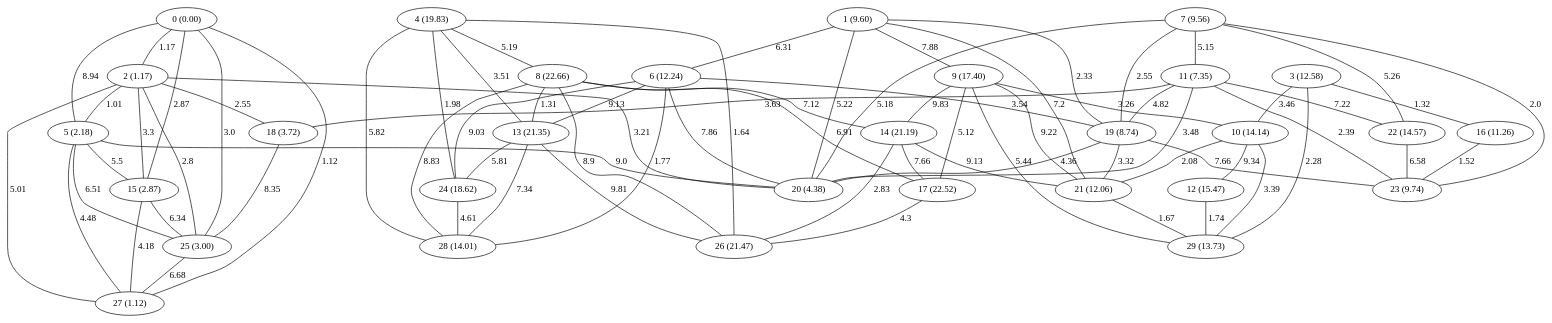
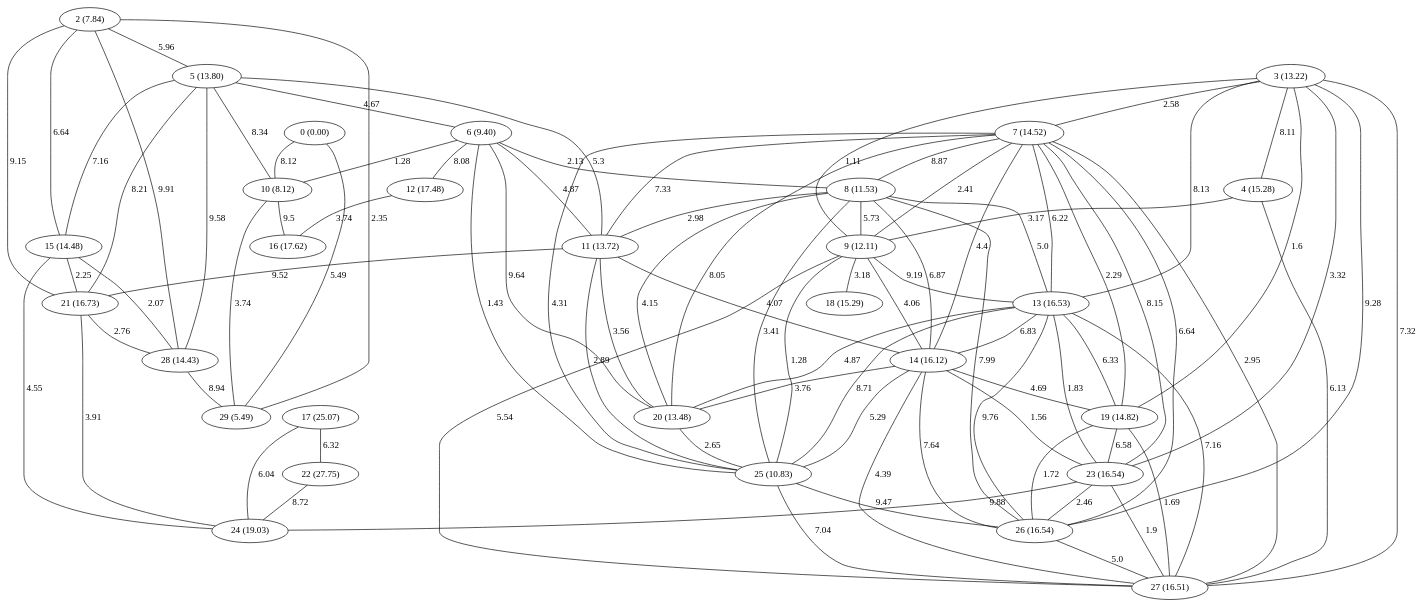
The diagram in Proyecto 3/ejemplos_grafo_dijkstra/dijkstra_grafo_Geográfico_30.gv (amorac4/DAA24), drawn with Graphviz before and after one commit. The commit also changed 37 other files, not shown here.

```diff
--- a/Proyecto 3/ejemplos_grafo_dijkstra/dijkstra_grafo_Geográfico_30.gv
+++ b/Proyecto 3/ejemplos_grafo_dijkstra/dijkstra_grafo_Geográfico_30.gv
@@ -1,107 +1,122 @@
 graph G {
 "0 (0.00)";
-"1 (9.60)";
-"2 (1.17)";
-"3 (12.58)";
-"4 (19.83)";
-"5 (2.18)";
-"6 (12.24)";
-"7 (9.56)";
-"8 (22.66)";
-"9 (17.40)";
-"10 (14.14)";
-"11 (7.35)";
-"12 (15.47)";
-"13 (21.35)";
-"14 (21.19)";
-"15 (2.87)";
-"16 (11.26)";
-"17 (22.52)";
-"18 (3.72)";
-"19 (8.74)";
-"20 (4.38)";
-"21 (12.06)";
-"22 (14.57)";
-"23 (9.74)";
-"24 (18.62)";
-"25 (3.00)";
-"26 (21.47)";
-"27 (1.12)";
-"28 (14.01)";
-"29 (13.73)";
-"15 (2.87)" -- "27 (1.12)" [label="4.18"];
-"14 (21.19)" -- "26 (21.47)" [label="2.83"];
-"19 (8.74)" -- "23 (9.74)" [label="7.66"];
-"14 (21.19)" -- "21 (12.06)" [label="9.13"];
-"13 (21.35)" -- "24 (18.62)" [label="5.81"];
-"8 (22.66)" -- "17 (22.52)" [label="6.91"];
-"5 (2.18)" -- "27 (1.12)" [label="4.48"];
-"5 (2.18)" -- "20 (4.38)" [label="9.0"];
-"7 (9.56)" -- "20 (4.38)" [label="5.18"];
-"3 (12.58)" -- "29 (13.73)" [label="2.28"];
-"2 (1.17)" -- "15 (2.87)" [label="3.3"];
-"1 (9.60)" -- "20 (4.38)" [label="5.22"];
-"7 (9.56)" -- "11 (7.35)" [label="5.15"];
-"4 (19.83)" -- "13 (21.35)" [label="3.51"];
-"7 (9.56)" -- "23 (9.74)" [label="2.0"];
-"13 (21.35)" -- "26 (21.47)" [label="9.81"];
-"19 (8.74)" -- "21 (12.06)" [label="3.32"];
-"9 (17.40)" -- "14 (21.19)" [label="9.83"];
-"2 (1.17)" -- "25 (3.00)" [label="2.8"];
-"6 (12.24)" -- "19 (8.74)" [label="3.54"];
-"14 (21.19)" -- "17 (22.52)" [label="7.66"];
-"0 (0.00)" -- "27 (1.12)" [label="1.12"];
-"6 (12.24)" -- "24 (18.62)" [label="9.03"];
-"25 (3.00)" -- "27 (1.12)" [label="6.68"];
-"8 (22.66)" -- "14 (21.19)" [label="7.12"];
-"4 (19.83)" -- "24 (18.62)" [label="1.98"];
-"16 (11.26)" -- "23 (9.74)" [label="1.52"];
-"1 (9.60)" -- "21 (12.06)" [label="7.2"];
-"13 (21.35)" -- "28 (14.01)" [label="7.34"];
-"2 (1.17)" -- "27 (1.12)" [label="5.01"];
-"1 (9.60)" -- "19 (8.74)" [label="2.33"];
-"4 (19.83)" -- "26 (21.47)" [label="1.64"];
-"9 (17.40)" -- "29 (13.73)" [label="5.44"];
-"24 (18.62)" -- "28 (14.01)" [label="4.61"];
-"6 (12.24)" -- "20 (4.38)" [label="7.86"];
-"7 (9.56)" -- "22 (14.57)" [label="5.26"];
-"7 (9.56)" -- "19 (8.74)" [label="2.55"];
-"11 (7.35)" -- "18 (3.72)" [label="3.63"];
-"12 (15.47)" -- "29 (13.73)" [label="1.74"];
-"3 (12.58)" -- "10 (14.14)" [label="3.46"];
-"18 (3.72)" -- "25 (3.00)" [label="8.35"];
-"6 (12.24)" -- "28 (14.01)" [label="1.77"];
-"6 (12.24)" -- "13 (21.35)" [label="9.13"];
-"17 (22.52)" -- "26 (21.47)" [label="4.3"];
-"11 (7.35)" -- "19 (8.74)" [label="4.82"];
-"9 (17.40)" -- "17 (22.52)" [label="5.12"];
-"10 (14.14)" -- "12 (15.47)" [label="9.34"];
-"3 (12.58)" -- "16 (11.26)" [label="1.32"];
-"5 (2.18)" -- "15 (2.87)" [label="5.5"];
-"8 (22.66)" -- "26 (21.47)" [label="8.9"];
-"21 (12.06)" -- "29 (13.73)" [label="1.67"];
-"0 (0.00)" -- "25 (3.00)" [label="3.0"];
-"4 (19.83)" -- "28 (14.01)" [label="5.82"];
-"9 (17.40)" -- "21 (12.06)" [label="9.22"];
-"1 (9.60)" -- "9 (17.40)" [label="7.88"];
-"0 (0.00)" -- "15 (2.87)" [label="2.87"];
-"9 (17.40)" -- "10 (14.14)" [label="3.26"];
-"11 (7.35)" -- "20 (4.38)" [label="3.48"];
-"11 (7.35)" -- "22 (14.57)" [label="7.22"];
-"2 (1.17)" -- "18 (3.72)" [label="2.55"];
-"2 (1.17)" -- "20 (4.38)" [label="3.21"];
-"1 (9.60)" -- "6 (12.24)" [label="6.31"];
-"4 (19.83)" -- "8 (22.66)" [label="5.19"];
-"2 (1.17)" -- "5 (2.18)" [label="1.01"];
-"5 (2.18)" -- "25 (3.00)" [label="6.51"];
-"11 (7.35)" -- "23 (9.74)" [label="2.39"];
-"0 (0.00)" -- "5 (2.18)" [label="8.94"];
-"10 (14.14)" -- "29 (13.73)" [label="3.39"];
-"0 (0.00)" -- "2 (1.17)" [label="1.17"];
-"22 (14.57)" -- "23 (9.74)" [label="6.58"];
-"19 (8.74)" -- "20 (4.38)" [label="4.36"];
-"8 (22.66)" -- "28 (14.01)" [label="8.83"];
-"10 (14.14)" -- "21 (12.06)" [label="2.08"];
-"8 (22.66)" -- "13 (21.35)" [label="1.31"];
-"15 (2.87)" -- "25 (3.00)" [label="6.34"];
+"2 (7.84)";
+"3 (13.22)";
+"4 (15.28)";
+"5 (13.80)";
+"6 (9.40)";
+"7 (14.52)";
+"8 (11.53)";
+"9 (12.11)";
+"10 (8.12)";
+"11 (13.72)";
+"12 (17.48)";
+"13 (16.53)";
+"14 (16.12)";
+"15 (14.48)";
+"16 (17.62)";
+"17 (25.07)";
+"18 (15.29)";
+"19 (14.82)";
+"20 (13.48)";
+"21 (16.73)";
+"22 (27.75)";
+"23 (16.54)";
+"24 (19.03)";
+"25 (10.83)";
+"26 (16.54)";
+"27 (16.51)";
+"28 (14.43)";
+"29 (5.49)";
+"7 (14.52)" -- "26 (16.54)" [label="6.64"];
+"8 (11.53)" -- "9 (12.11)" [label="5.73"];
+"11 (13.72)" -- "14 (16.12)" [label="4.07"];
+"15 (14.48)" -- "28 (14.43)" [label="2.07"];
+"8 (11.53)" -- "25 (10.83)" [label="3.41"];
+"21 (16.73)" -- "24 (19.03)" [label="3.91"];
+"3 (13.22)" -- "26 (16.54)" [label="9.28"];
+"14 (16.12)" -- "25 (10.83)" [label="5.29"];
+"5 (13.80)" -- "10 (8.12)" [label="8.34"];
+"15 (14.48)" -- "24 (19.03)" [label="4.55"];
+"10 (8.12)" -- "29 (5.49)" [label="3.74"];
+"3 (13.22)" -- "13 (16.53)" [label="8.13"];
+"9 (12.11)" -- "25 (10.83)" [label="1.28"];
+"11 (13.72)" -- "21 (16.73)" [label="9.52"];
+"2 (7.84)" -- "29 (5.49)" [label="2.35"];
+"6 (9.40)" -- "10 (8.12)" [label="1.28"];
+"19 (14.82)" -- "23 (16.54)" [label="6.58"];
+"15 (14.48)" -- "21 (16.73)" [label="2.25"];
+"14 (16.12)" -- "27 (16.51)" [label="4.39"];
+"20 (13.48)" -- "25 (10.83)" [label="2.65"];
+"11 (13.72)" -- "20 (13.48)" [label="3.56"];
+"14 (16.12)" -- "23 (16.54)" [label="1.56"];
+"7 (14.52)" -- "13 (16.53)" [label="6.22"];
+"7 (14.52)" -- "19 (14.82)" [label="2.29"];
+"23 (16.54)" -- "26 (16.54)" [label="2.46"];
+"17 (25.07)" -- "24 (19.03)" [label="6.04"];
+"19 (14.82)" -- "27 (16.51)" [label="1.69"];
+"9 (12.11)" -- "18 (15.29)" [label="3.18"];
+"5 (13.80)" -- "11 (13.72)" [label="5.3"];
+"12 (17.48)" -- "16 (17.62)" [label="3.74"];
+"6 (9.40)" -- "25 (10.83)" [label="1.43"];
+"2 (7.84)" -- "5 (13.80)" [label="5.96"];
+"13 (16.53)" -- "14 (16.12)" [label="6.83"];
+"17 (25.07)" -- "22 (27.75)" [label="6.32"];
+"6 (9.40)" -- "11 (13.72)" [label="4.87"];
+"7 (14.52)" -- "20 (13.48)" [label="8.05"];
+"7 (14.52)" -- "25 (10.83)" [label="4.31"];
+"13 (16.53)" -- "19 (14.82)" [label="6.33"];
+"23 (16.54)" -- "24 (19.03)" [label="9.88"];
+"23 (16.54)" -- "27 (16.51)" [label="1.9"];
+"9 (12.11)" -- "14 (16.12)" [label="4.06"];
+"0 (0.00)" -- "29 (5.49)" [label="5.49"];
+"8 (11.53)" -- "11 (13.72)" [label="2.98"];
+"9 (12.11)" -- "13 (16.53)" [label="9.19"];
+"14 (16.12)" -- "26 (16.54)" [label="7.64"];
+"8 (11.53)" -- "14 (16.12)" [label="6.87"];
+"25 (10.83)" -- "26 (16.54)" [label="9.47"];
+"14 (16.12)" -- "19 (14.82)" [label="4.69"];
+"9 (12.11)" -- "27 (16.51)" [label="5.54"];
+"3 (13.22)" -- "4 (15.28)" [label="8.11"];
+"5 (13.80)" -- "21 (16.73)" [label="8.21"];
+"7 (14.52)" -- "11 (13.72)" [label="7.33"];
+"6 (9.40)" -- "20 (13.48)" [label="9.64"];
+"7 (14.52)" -- "9 (12.11)" [label="2.41"];
+"22 (27.75)" -- "24 (19.03)" [label="8.72"];
+"14 (16.12)" -- "20 (13.48)" [label="3.76"];
+"3 (13.22)" -- "27 (16.51)" [label="7.32"];
+"6 (9.40)" -- "12 (17.48)" [label="8.08"];
+"13 (16.53)" -- "20 (13.48)" [label="4.87"];
+"2 (7.84)" -- "15 (14.48)" [label="6.64"];
+"0 (0.00)" -- "10 (8.12)" [label="8.12"];
+"13 (16.53)" -- "27 (16.51)" [label="7.16"];
+"8 (11.53)" -- "20 (13.48)" [label="4.15"];
+"8 (11.53)" -- "13 (16.53)" [label="5.0"];
+"13 (16.53)" -- "26 (16.54)" [label="9.76"];
+"25 (10.83)" -- "27 (16.51)" [label="7.04"];
+"7 (14.52)" -- "23 (16.54)" [label="8.15"];
+"2 (7.84)" -- "21 (16.73)" [label="9.15"];
+"8 (11.53)" -- "26 (16.54)" [label="7.99"];
+"4 (15.28)" -- "27 (16.51)" [label="6.13"];
+"7 (14.52)" -- "27 (16.51)" [label="2.95"];
+"13 (16.53)" -- "25 (10.83)" [label="8.71"];
+"26 (16.54)" -- "27 (16.51)" [label="5.0"];
+"19 (14.82)" -- "26 (16.54)" [label="1.72"];
+"7 (14.52)" -- "8 (11.53)" [label="8.87"];
+"5 (13.80)" -- "15 (14.48)" [label="7.16"];
+"6 (9.40)" -- "8 (11.53)" [label="2.13"];
+"4 (15.28)" -- "9 (12.11)" [label="3.17"];
+"21 (16.73)" -- "28 (14.43)" [label="2.76"];
+"28 (14.43)" -- "29 (5.49)" [label="8.94"];
+"3 (13.22)" -- "19 (14.82)" [label="1.6"];
+"3 (13.22)" -- "23 (16.54)" [label="3.32"];
+"5 (13.80)" -- "28 (14.43)" [label="9.58"];
+"3 (13.22)" -- "7 (14.52)" [label="2.58"];
+"10 (8.12)" -- "16 (17.62)" [label="9.5"];
+"5 (13.80)" -- "6 (9.40)" [label="4.67"];
+"7 (14.52)" -- "14 (16.12)" [label="4.4"];
+"3 (13.22)" -- "9 (12.11)" [label="1.11"];
+"11 (13.72)" -- "25 (10.83)" [label="2.89"];
+"13 (16.53)" -- "23 (16.54)" [label="1.83"];
+"2 (7.84)" -- "28 (14.43)" [label="9.91"];
 }
```
